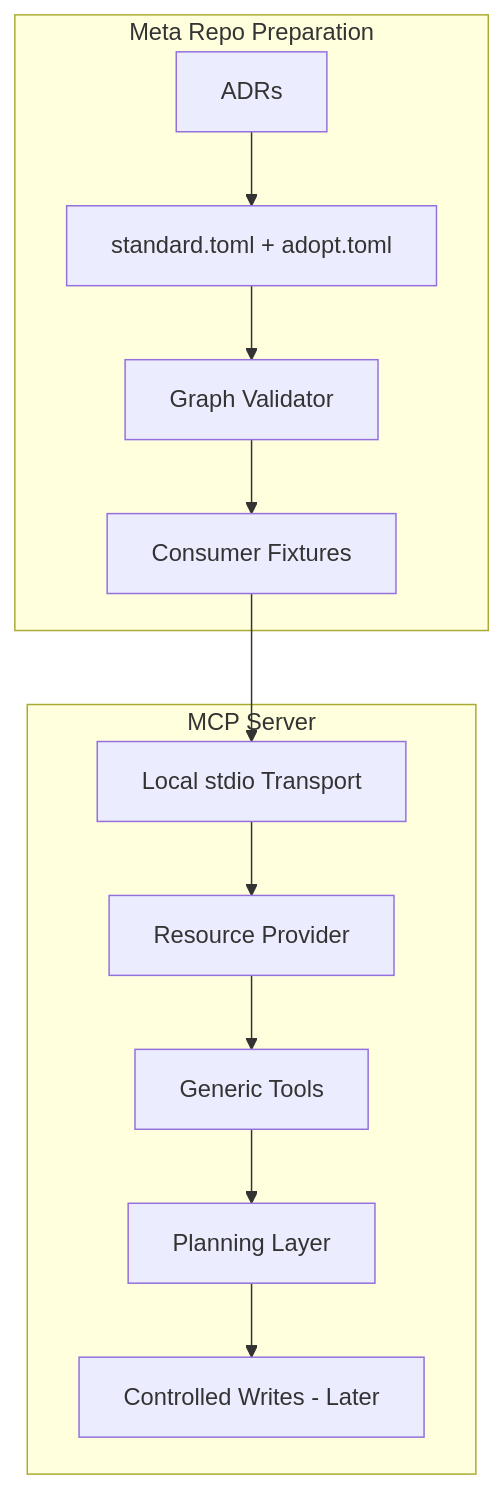
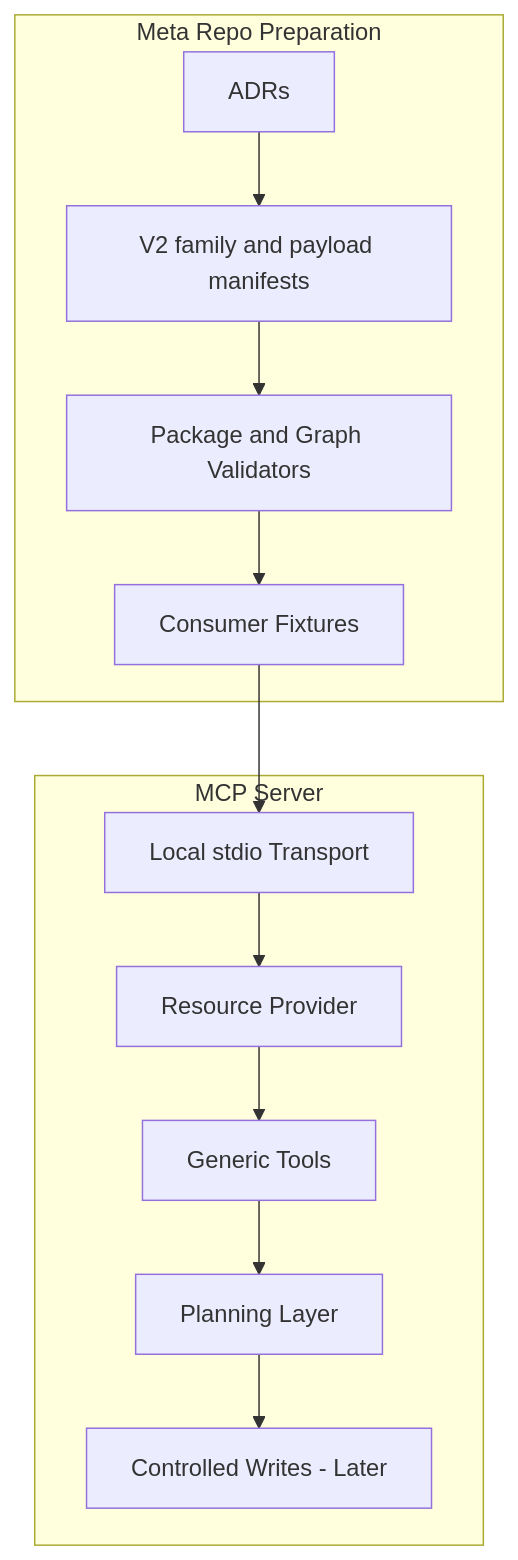
The second of 4 diagrams in docs/specs/2026-07-07-project-standards-mcp-enablement-roadmap-spec.md (L3DigitalNet/project-standards), drawn with Mermaid before and after one commit. The commit also changed other lines of this file and 6 other files, not shown here.

````diff
--- a/docs/specs/2026-07-07-project-standards-mcp-enablement-roadmap-spec.md
+++ b/docs/specs/2026-07-07-project-standards-mcp-enablement-roadmap-spec.md
@@ -288,20 +300,20 @@
 ```mermaid
 flowchart TB
     subgraph PhaseA[Meta Repo Preparation]
         ADRs[ADRs]
-        Manifests[standard.toml + adopt.toml]
-        Graph[Graph Validator]
+        Manifests[V2 family and payload manifests]
+        Graph[Package and Graph Validators]
         Fixtures[Consumer Fixtures]
     end
 
     subgraph PhaseB[MCP Server]
         Stdio[Local stdio Transport]
         Resources[Resource Provider]
         Tools[Generic Tools]
         Plans[Planning Layer]
         Writes[Controlled Writes - Later]
     end
 
     ADRs --> Manifests --> Graph --> Fixtures --> Stdio
     Stdio --> Resources --> Tools --> Plans --> Writes
 ```
````
